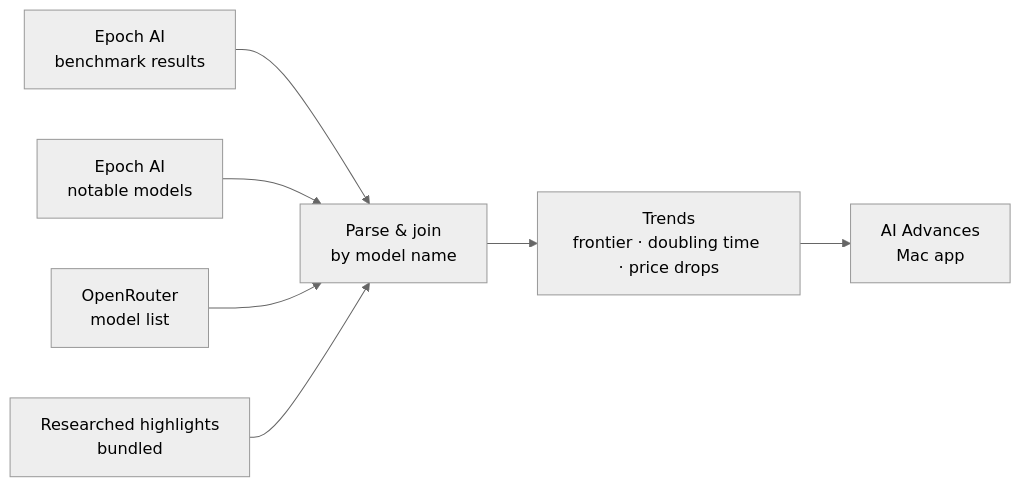
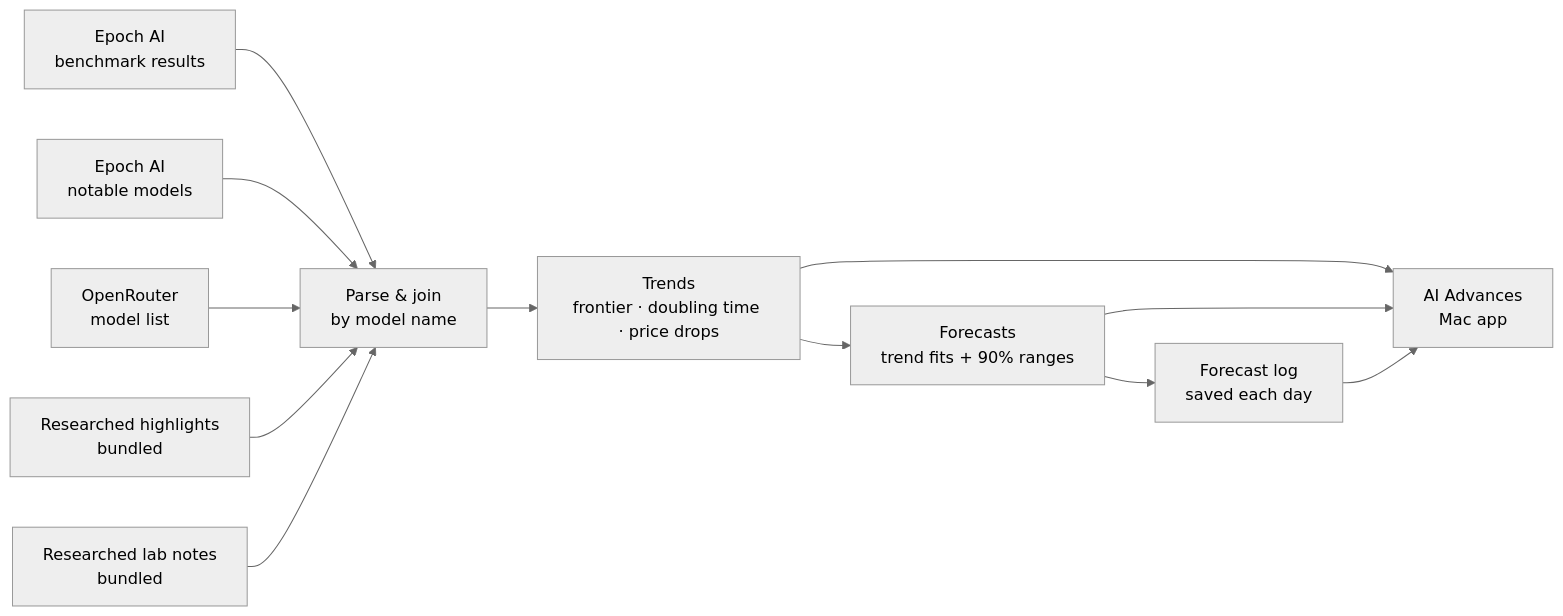
The diagram in README.md (amalmehta/ai-advances), drawn with Mermaid (neutral theme) before and after one commit. The commit also changed other lines of this file and 24 other files, not shown here.

Commit message:
Add Forecasts and Labs pages: dated trend forecasts with history, and who's working on what

````diff
--- a/README.md
+++ b/README.md
@@ -17,9 +21,14 @@
 ```mermaid
 flowchart LR
     E1[Epoch AI<br>benchmark results] --> P[Parse & join<br>by model name]
     E2[Epoch AI<br>notable models] --> P
     O[OpenRouter<br>model list] --> P
     C[Researched highlights<br>bundled] --> P
+    L[Researched lab notes<br>bundled] --> P
     P --> T[Trends<br>frontier · doubling time · price drops]
+    T --> F[Forecasts<br>trend fits + 90% ranges]
+    F --> G[Forecast log<br>saved each day]
     T --> A[AI Advances<br>Mac app]
+    F --> A
+    G --> A
 ```
````
